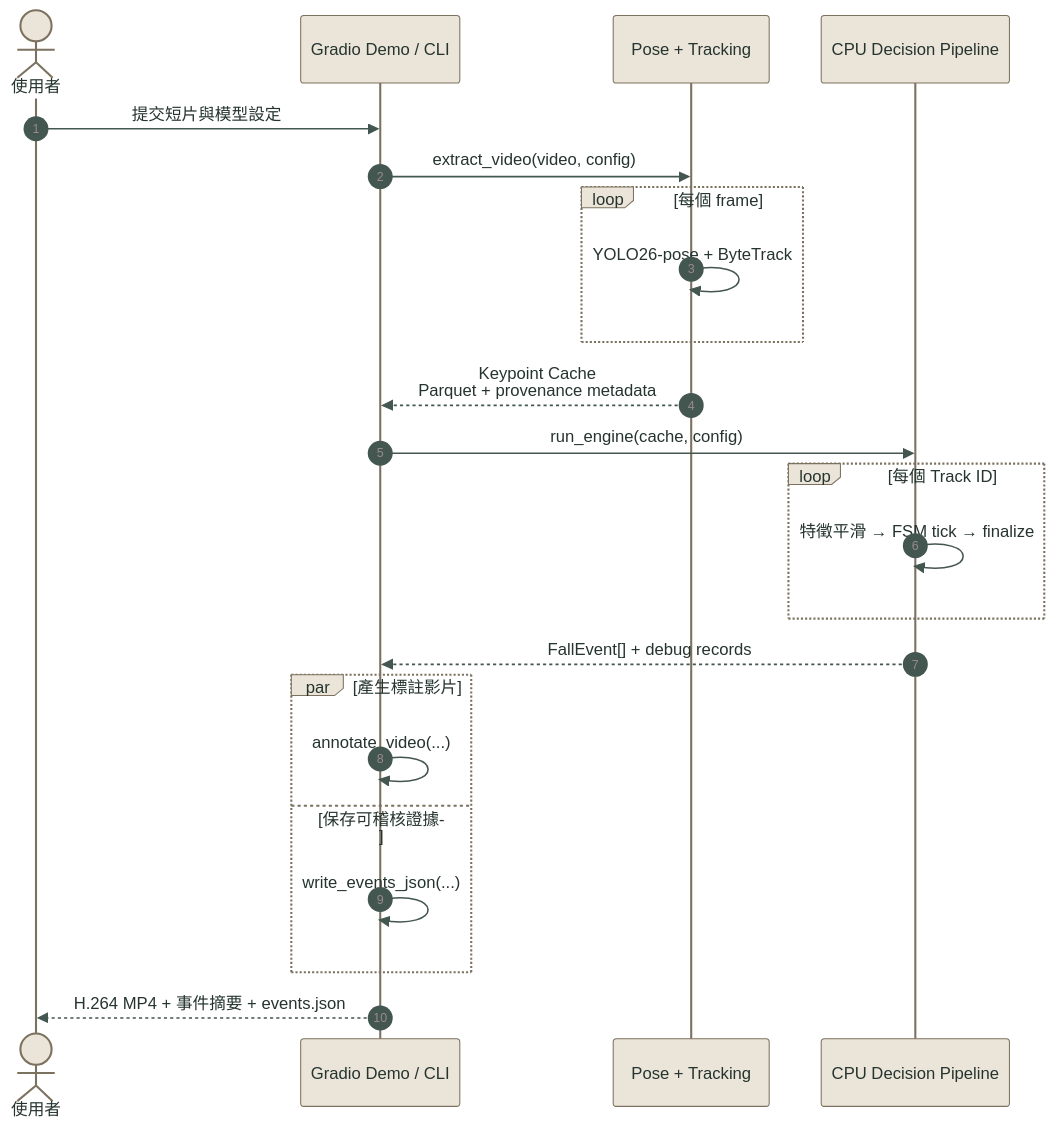
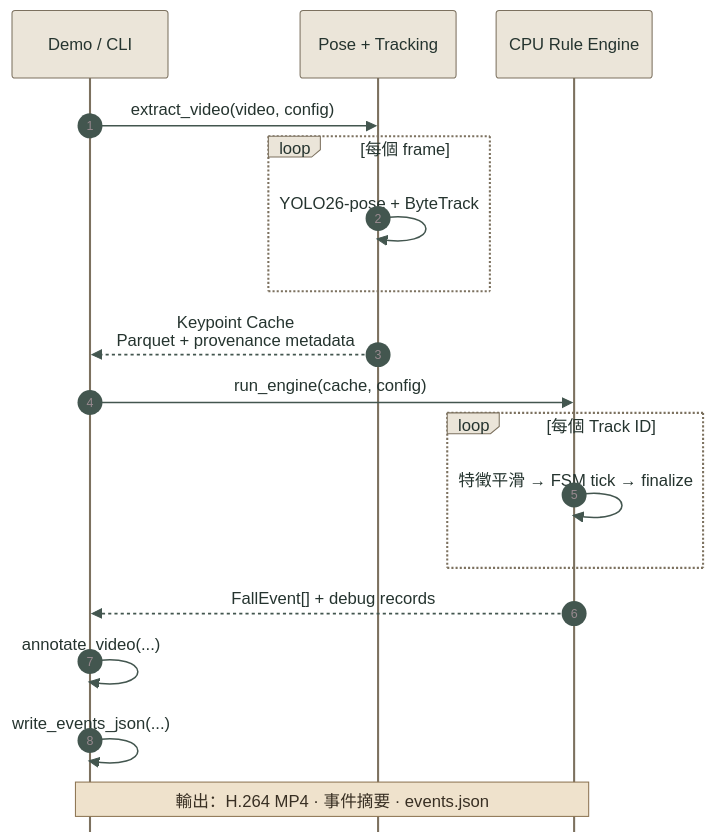
Before and after one commit to kuotunyu/fall-detection-pose: the second of 3 diagrams in README.md, drawn with Mermaid. The commit also changed other lines of this file and 1 other file, not shown here.

Commit message:
docs: improve Mermaid diagram readability

````diff
--- a/README.md
+++ b/README.md
@@ -183,27 +183,22 @@
 ```mermaid
-%%{init: {'theme': 'base', 'themeVariables': {'fontSize': '17px', 'fontFamily': 'Arial, sans-serif', 'primaryColor': '#DDE8E2', 'primaryTextColor': '#20352D', 'primaryBorderColor': '#587066', 'lineColor': '#66756F', 'actorBkg': '#EBE5D9', 'actorBorder': '#7C715F', 'actorTextColor': '#25342F', 'signalColor': '#43564F', 'signalTextColor': '#25342F', 'noteBkgColor': '#EFE2CC', 'noteBorderColor': '#8C7452', 'noteTextColor': '#382F23'}}}%%
+%%{init: {'theme': 'base', 'sequence': {'diagramMarginX': 12, 'actorMargin': 28, 'width': 150, 'messageMargin': 30, 'noteMargin': 8, 'mirrorActors': false}, 'themeVariables': {'fontSize': '19px', 'fontFamily': 'Arial, sans-serif', 'primaryColor': '#DDE8E2', 'primaryTextColor': '#20352D', 'primaryBorderColor': '#587066', 'lineColor': '#66756F', 'actorBkg': '#EBE5D9', 'actorBorder': '#7C715F', 'actorTextColor': '#25342F', 'signalColor': '#43564F', 'signalTextColor': '#25342F', 'noteBkgColor': '#EFE2CC', 'noteBorderColor': '#8C7452', 'noteTextColor': '#382F23'}}}%%
 sequenceDiagram
     autonumber
-    actor User as 使用者
-    participant Pipeline as Gradio Demo / CLI
+    participant Pipeline as Demo / CLI
     participant GPU as Pose + Tracking
-    participant CPU as CPU Decision Pipeline
+    participant CPU as CPU Rule Engine
 
-    User->>Pipeline: 提交短片與模型設定
     Pipeline->>GPU: extract_video(video, config)
     loop 每個 frame
         GPU->>GPU: YOLO26-pose + ByteTrack
     end
     GPU-->>Pipeline: Keypoint Cache<br/>Parquet + provenance metadata
     Pipeline->>CPU: run_engine(cache, config)
     loop 每個 Track ID
         CPU->>CPU: 特徵平滑 → FSM tick → finalize
     end
     CPU-->>Pipeline: FallEvent[] + debug records
-    par 產生標註影片
-        Pipeline->>Pipeline: annotate_video(...)
-    and 保存可稽核證據
-        Pipeline->>Pipeline: write_events_json(...)
-    end
-    Pipeline-->>User: H.264 MP4 + 事件摘要 + events.json
+    Pipeline->>Pipeline: annotate_video(...)
+    Pipeline->>Pipeline: write_events_json(...)
+    Note over Pipeline,CPU: 輸出：H.264 MP4 · 事件摘要 · events.json
 ```
````
